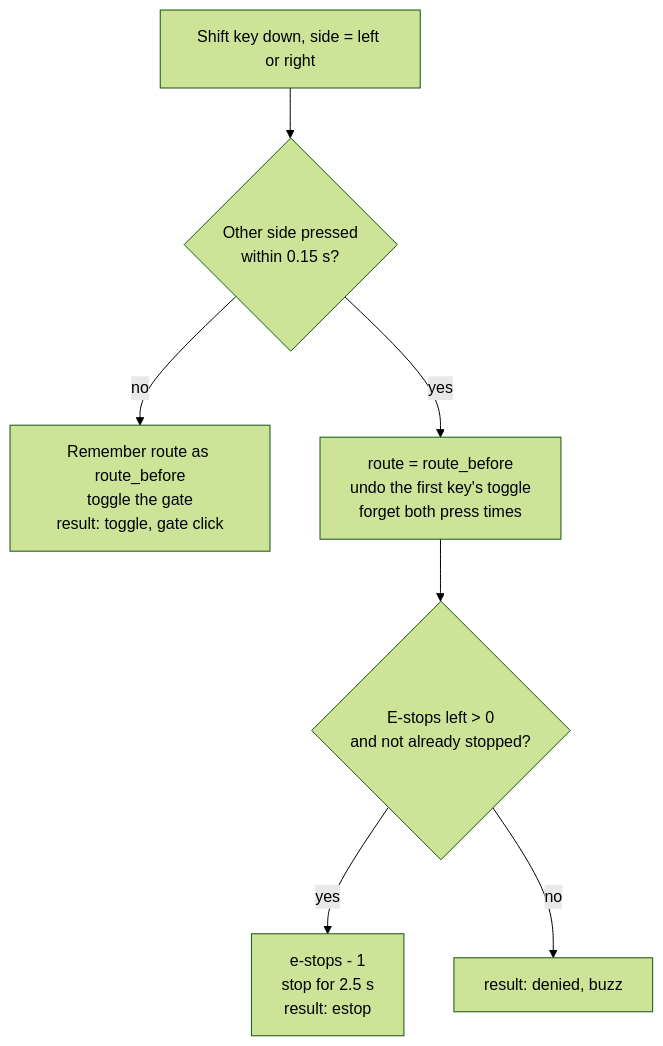
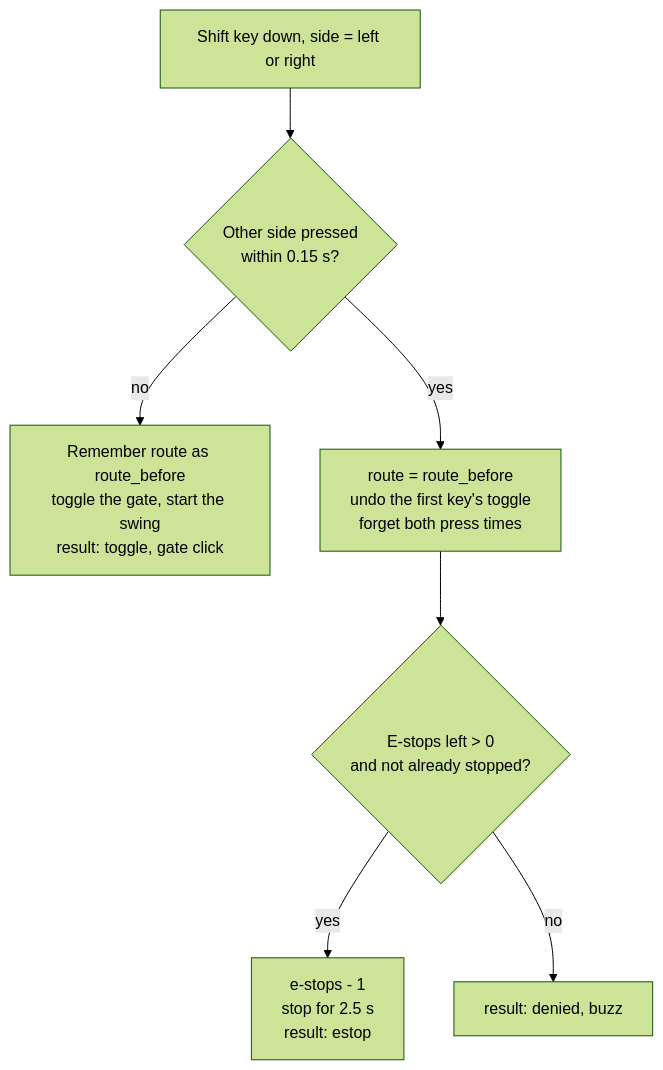
One commit to NiloyBhattacharjee/cluck-shift changed the third of 8 diagrams in docs/design.md. Above: the diagram before and after it, drawn with Mermaid (forest theme). The commit also changed other lines of this file and 16 other files, not shown here.

````diff
--- a/docs/design.md
+++ b/docs/design.md
@@ -162,9 +177,9 @@
 ```mermaid
 flowchart TD
     P[Shift key down, side = left or right] --> Q{Other side pressed<br/>within 0.15 s?}
-    Q -- no --> R[Remember route as route_before<br/>toggle the gate<br/>result: toggle, gate click]
+    Q -- no --> R[Remember route as route_before<br/>toggle the gate, start the swing<br/>result: toggle, gate click]
     Q -- yes --> S[route = route_before<br/>undo the first key's toggle<br/>forget both press times]
     S --> T{E-stops left > 0<br/>and not already stopped?}
     T -- yes --> U[e-stops - 1<br/>stop for 2.5 s<br/>result: estop]
     T -- no --> V[result: denied, buzz]
 ```
````
